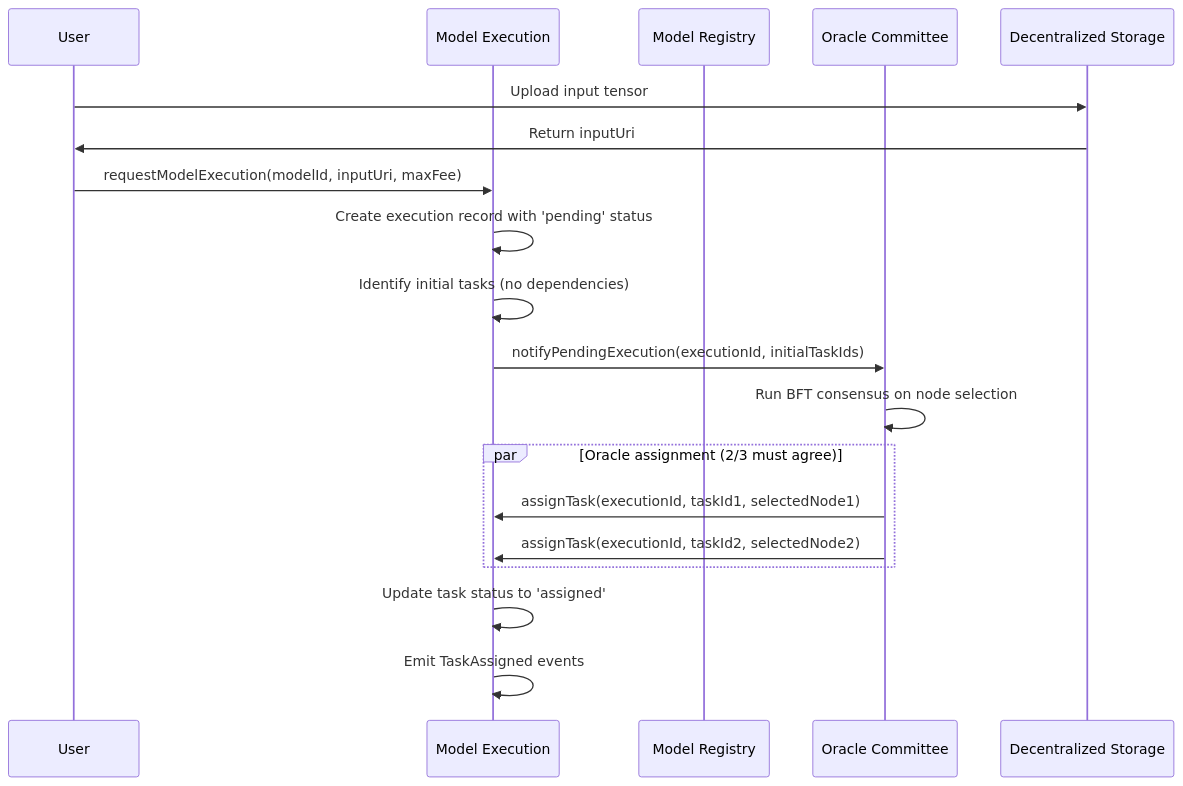
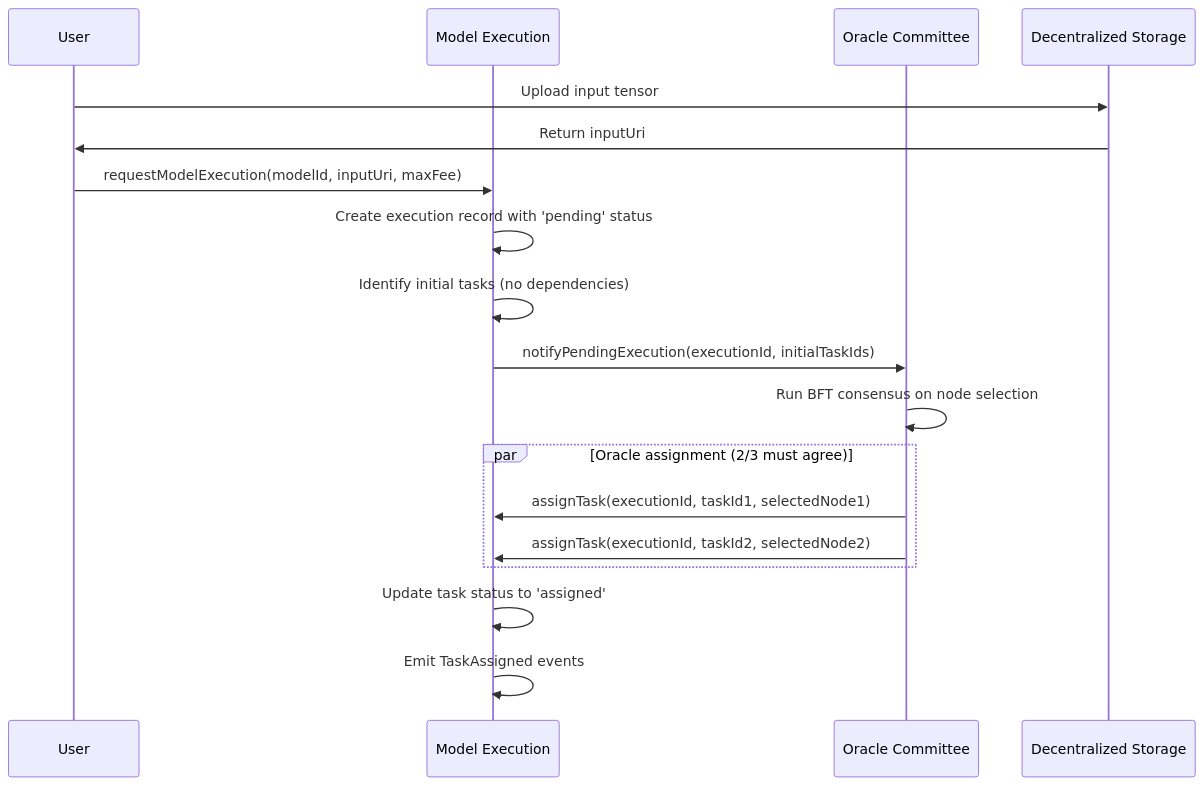
One commit to ToxicPine/planning-win changed the fourth of 7 diagrams in concrete_plans/smart_contracts/index.md. Above: the diagram before and after it, drawn with Mermaid. The commit also changed other lines of this file and 13 other files, not shown here.

````diff
--- a/concrete_plans/smart_contracts/index.md
+++ b/concrete_plans/smart_contracts/index.md
@@ -318,27 +318,26 @@
 ```mermaid
 sequenceDiagram
     participant User as User
     participant ME as Model Execution
-    participant MR as Model Registry
     participant OC as Oracle Committee
     participant DS as Decentralized Storage
 
     User->>DS: Upload input tensor
     DS->>User: Return inputUri
 
     User->>ME: requestModelExecution(modelId, inputUri, maxFee)
     ME->>ME: Create execution record with 'pending' status
     ME->>ME: Identify initial tasks (no dependencies)
 
     ME->>OC: notifyPendingExecution(executionId, initialTaskIds)
 
     OC->>OC: Run BFT consensus on node selection
 
     par Oracle assignment (2/3 must agree)
         OC->>ME: assignTask(executionId, taskId1, selectedNode1)
         OC->>ME: assignTask(executionId, taskId2, selectedNode2)
     end
 
     ME->>ME: Update task status to 'assigned'
     ME->>ME: Emit TaskAssigned events
 ```
````
